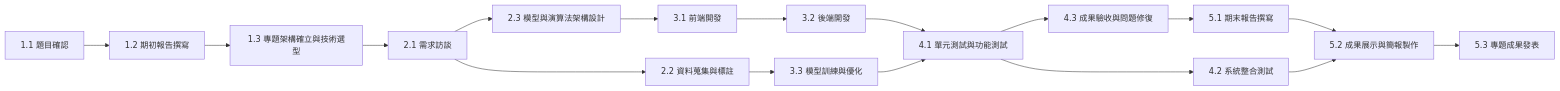
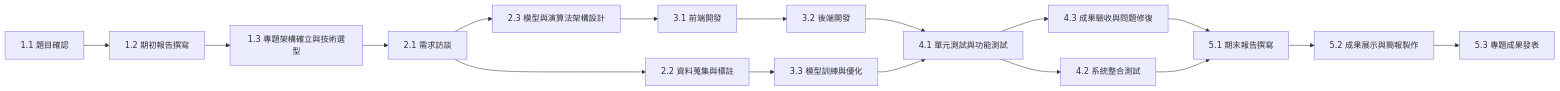
One commit to hong-wei-qi/campus-traffic-violation-identification-system changed the second of 2 diagrams in README.md. Above: the diagram before and after it, drawn with Mermaid.

````diff
--- a/README.md
+++ b/README.md
@@ -46,21 +46,21 @@
 ```mermaid
 graph LR
 
     B[1.1 題目確認] --> C[1.2 期初報告撰寫];
     C --> D[1.3 專題架構確立與技術選型];
     D --> E[2.1 需求訪談];
     E --> F[2.2 資料蒐集與標註];
     E --> G[2.3 模型與演算法架構設計];
     G --> H[3.1 前端開發];
     H --> I[3.2 後端開發];
     F --> J[3.3 模型訓練與優化];
     I --> K[4.1 單元測試與功能測試];
     J --> K;
     K --> L[4.2 系統整合測試];
     K --> M[4.3 成果驗收與問題修復];
     M --> N[5.1 期末報告撰寫];
+    L --> N;
     N --> O[5.2 成果展示與簡報製作];
-    L --> O;
     O --> P[5.3 專題成果發表];
 
 ```
````
